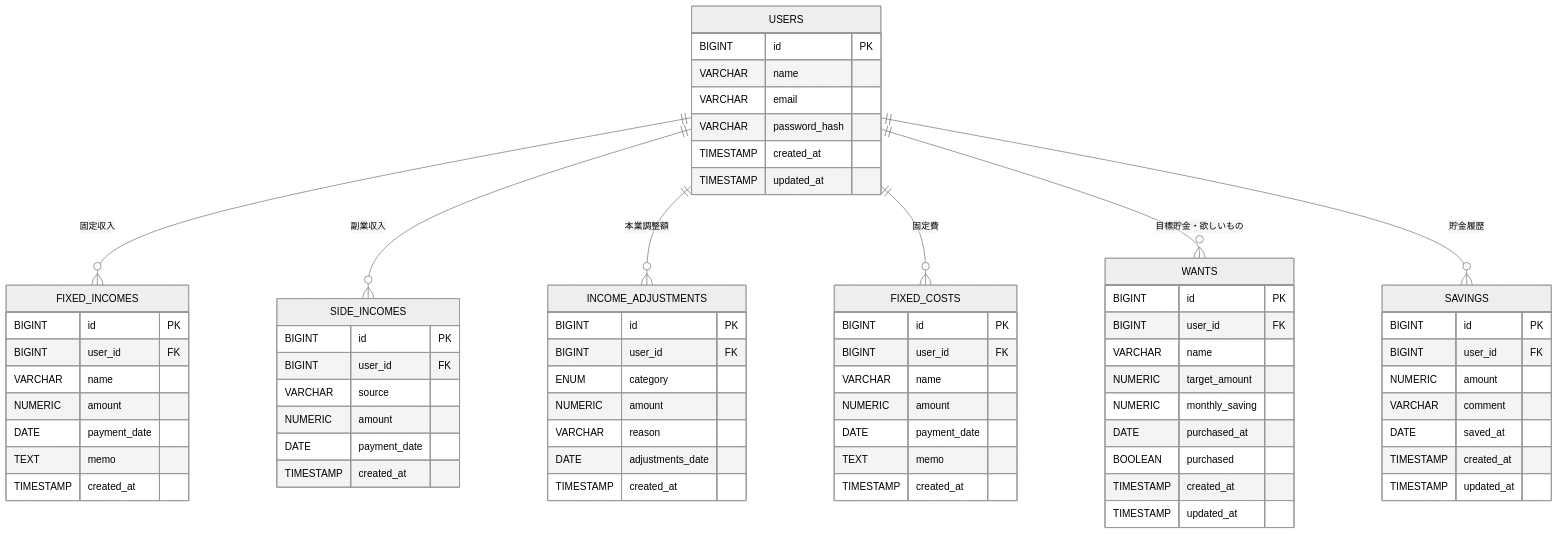
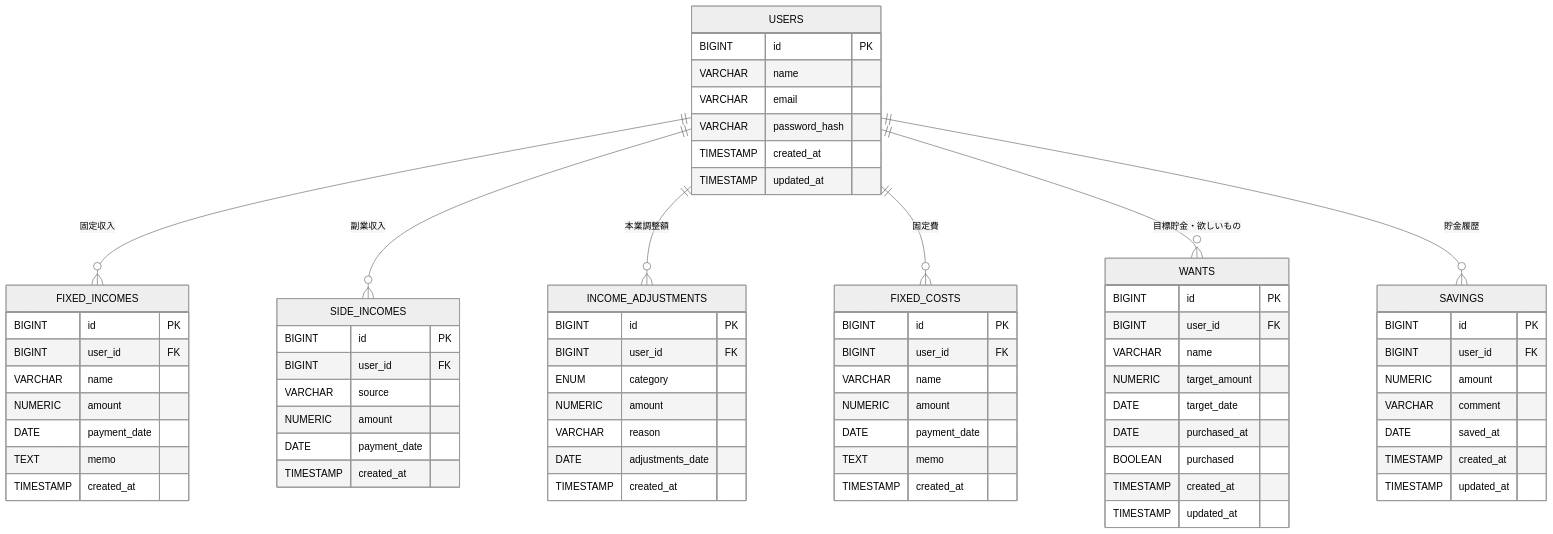
One commit to ryutaKimu/kakebo changed the diagram in mermaid.mmd. Above: the diagram before and after it, drawn with Mermaid (neutral theme).

Commit message:
fix: mermaid diagrams

```diff
--- a/mermaid.mmd
+++ b/mermaid.mmd
@@ -1,86 +1,86 @@
 erDiagram
     %% ===== ユーザー =====
     USERS {
         BIGINT id PK
         VARCHAR name
         VARCHAR email
         VARCHAR password_hash
         TIMESTAMP created_at
         TIMESTAMP updated_at
     }
 
     %% ===== 収入系 =====
     FIXED_INCOMES {
         BIGINT id PK
         BIGINT user_id FK
         VARCHAR name
         NUMERIC amount
         DATE payment_date
         TEXT memo
         TIMESTAMP created_at
     }
 
     SIDE_INCOMES {
         BIGINT id PK
         BIGINT user_id FK
         VARCHAR source
         NUMERIC amount
         DATE payment_date
         TIMESTAMP created_at
     }
 
     INCOME_ADJUSTMENTS {
         BIGINT id PK
         BIGINT user_id FK
         ENUM category
         NUMERIC amount
         VARCHAR reason
         DATE adjustments_date
         TIMESTAMP created_at
     }
 
     %% ===== 支出系 =====
     FIXED_COSTS {
         BIGINT id PK
         BIGINT user_id FK
         VARCHAR name
         NUMERIC amount
         DATE payment_date
         TEXT memo
         TIMESTAMP created_at
     }
     %% ===== 目標系 =====
     WANTS {
         BIGINT id PK
         BIGINT user_id FK
         VARCHAR name
         NUMERIC target_amount
-        NUMERIC monthly_saving
+        DATE target_date
         DATE purchased_at
         BOOLEAN purchased
         TIMESTAMP created_at
         TIMESTAMP updated_at
     }
 
     %% ===== 貯金 =====
     SAVINGS {
         BIGINT id PK
         BIGINT user_id FK
         NUMERIC amount
         VARCHAR comment
         DATE saved_at
         TIMESTAMP created_at
         TIMESTAMP updated_at
     }
 
     %% ===== 関係 =====
     USERS ||--o{ FIXED_INCOMES : "固定収入"
     USERS ||--o{ SIDE_INCOMES : "副業収入"
     USERS ||--o{ INCOME_ADJUSTMENTS : "本業調整額"
     USERS ||--o{ FIXED_COSTS : "固定費"
     USERS ||--o{ WANTS : "目標貯金・欲しいもの"
     USERS ||--o{ SAVINGS : "貯金履歴"
 
     %% ===== 履歴テーブルの補足 =====
     %% HISTORY_FIXED_INCOME, HISTORY_SIDE_INCOME, HISTORY_INCOME_ADJUSTMENTS, HISTORY_VARIABLE_COSTS
     %% は現行テーブルと同構造で
```
